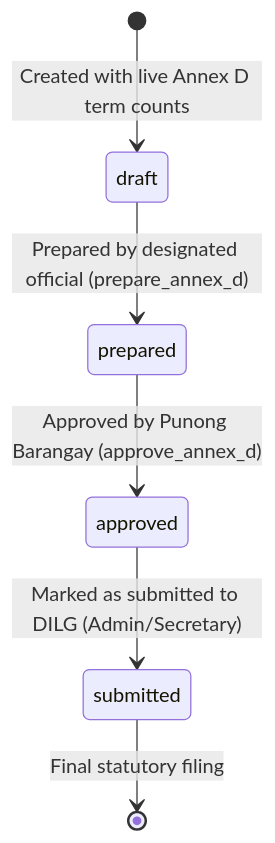
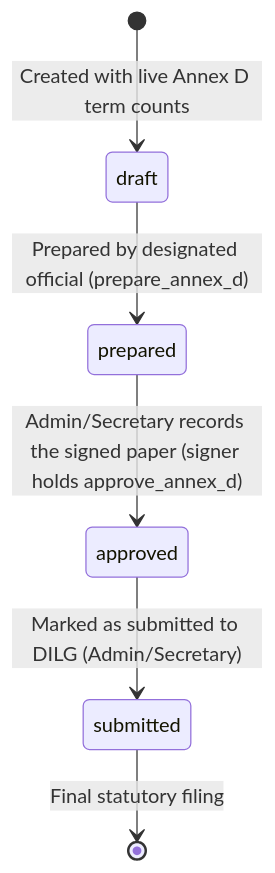
Before and after one commit to jpbuenosaires/Baranguard: the tenth of 13 diagrams in docs/WORKFLOWS_AND_RULES.md, drawn with Mermaid. The commit also changed other lines of this file and 16 other files, not shown here.

First line of the commit message:
[Workflow] Paper-first signing: record the signed paper instead of in-app note/approve

````diff
--- a/docs/WORKFLOWS_AND_RULES.md
+++ b/docs/WORKFLOWS_AND_RULES.md
@@ -337,8 +337,8 @@
 ```mermaid
 stateDiagram-v2
     [*] --> draft : Created with live Annex D term counts
     draft --> prepared : Prepared by designated official (prepare_annex_d)
-    prepared --> approved : Approved by Punong Barangay (approve_annex_d)
+    prepared --> approved : Admin/Secretary records the signed paper (signer holds approve_annex_d)
     approved --> submitted : Marked as submitted to DILG (Admin/Secretary)
     submitted --> [*] : Final statutory filing
 ```
````
